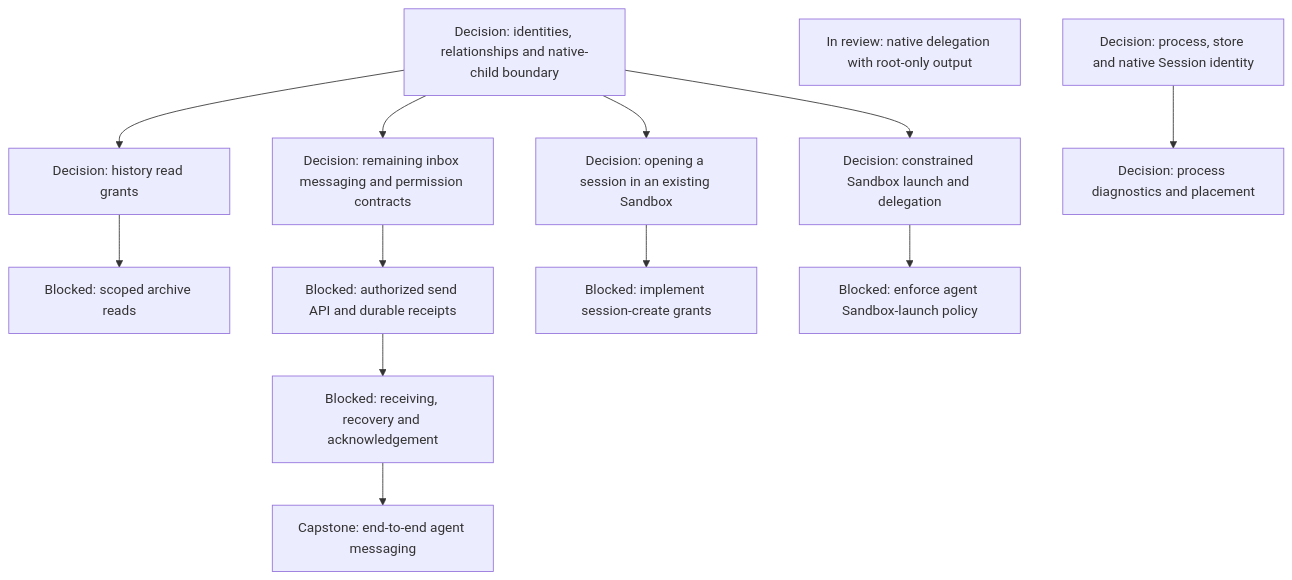
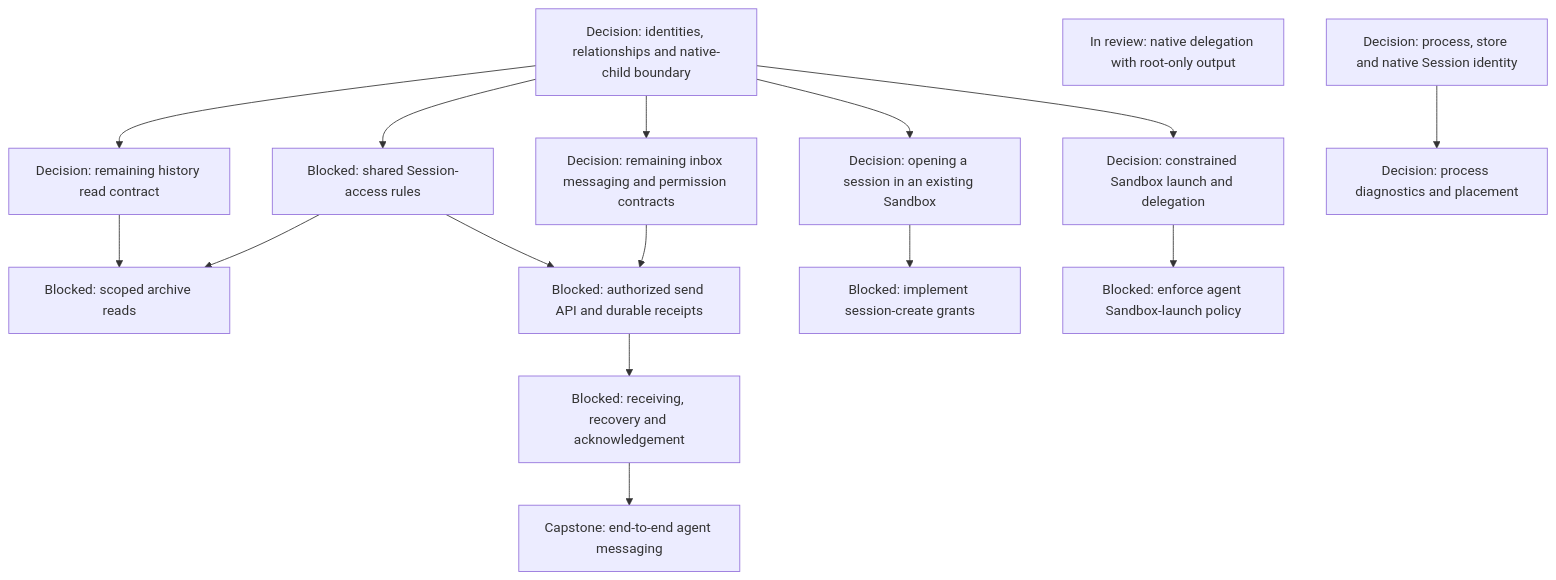
The fifth of 16 diagrams in agentplane/plans/task_dag.md (agentydragon/ducktape), drawn with Mermaid before and after one commit. The commit also changed other lines of this file and 5 other files, not shown here.

Commit message:
docs(agentplane): select tentative Session-access PolicySet rules

````diff
--- a/agentplane/plans/task_dag.md
+++ b/agentplane/plans/task_dag.md
@@ -232,28 +234,32 @@
 ```mermaid
 flowchart TD
     MULTIAGENT_MODEL[Decision: identities, relationships and native-child boundary]
-    THREAD_READ_POLICY_DESIGN[Decision: history read grants]
+    SESSION_ACCESS_RULES[Blocked: shared Session-access rules]
+    THREAD_READ_POLICY_DESIGN[Decision: remaining history read contract]
     THREAD_READ_POLICY[Blocked: scoped archive reads]
     AGENT_MESSAGING_DESIGN[Decision: remaining inbox messaging and permission contracts]
     AGENT_MESSAGE_INGRESS[Blocked: authorized send API and durable receipts]
     AGENT_MESSAGE_RECEPTION[Blocked: receiving, recovery and acknowledgement]
     AGENT_MESSAGING[Capstone: end-to-end agent messaging]
     THREAD_CREATE_POLICY[Decision: opening a session in an existing Sandbox]
     THREAD_CREATE_AUTHORIZATION[Blocked: implement session-create grants]
     AGENT_LAUNCH_POLICY_DESIGN[Decision: constrained Sandbox launch and delegation]
     AGENT_SANDBOX_LAUNCH[Blocked: enforce agent Sandbox-launch policy]
     MULTIAGENT_MODEL --> THREAD_READ_POLICY_DESIGN
+    MULTIAGENT_MODEL --> SESSION_ACCESS_RULES
     MULTIAGENT_MODEL --> AGENT_MESSAGING_DESIGN
     MULTIAGENT_MODEL --> THREAD_CREATE_POLICY
     MULTIAGENT_MODEL --> AGENT_LAUNCH_POLICY_DESIGN
     THREAD_READ_POLICY_DESIGN --> THREAD_READ_POLICY
+    SESSION_ACCESS_RULES --> THREAD_READ_POLICY
+    SESSION_ACCESS_RULES --> AGENT_MESSAGE_INGRESS
     AGENT_MESSAGING_DESIGN --> AGENT_MESSAGE_INGRESS
     AGENT_MESSAGE_INGRESS --> AGENT_MESSAGE_RECEPTION
     AGENT_MESSAGE_RECEPTION --> AGENT_MESSAGING
     THREAD_CREATE_POLICY --> THREAD_CREATE_AUTHORIZATION
     AGENT_LAUNCH_POLICY_DESIGN --> AGENT_SANDBOX_LAUNCH
     NATIVE_SUBAGENT_ENABLE[In review: native delegation with root-only output]
     RUNNER_HARNESS_OBJECTS_DESIGN[Decision: process diagnostics and placement]
     HARNESS_IDENTITY_DESIGN[Decision: process, store and native Session identity]
     HARNESS_IDENTITY_DESIGN --> RUNNER_HARNESS_OBJECTS_DESIGN
 ```
````
